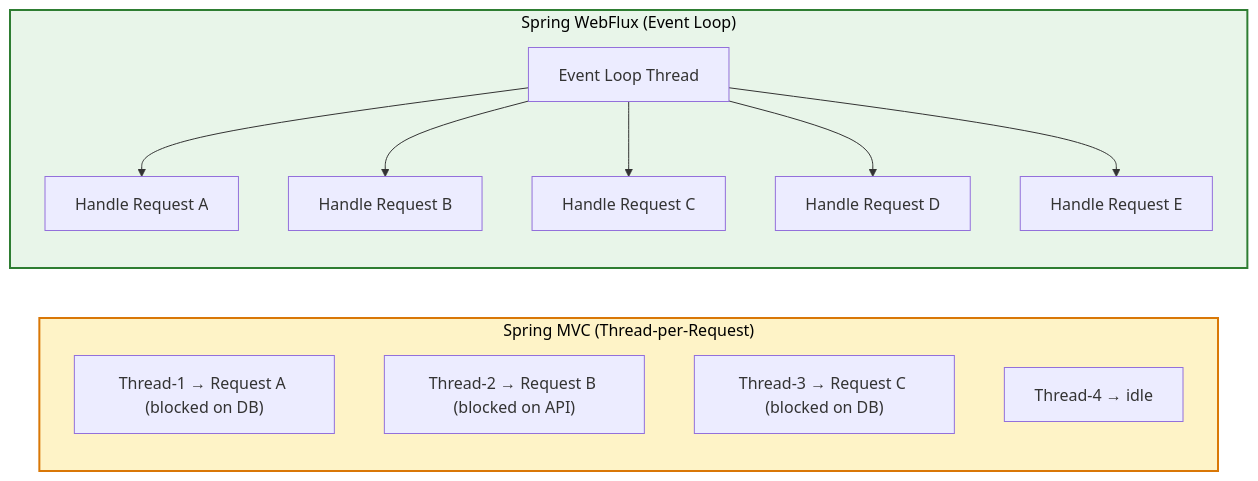
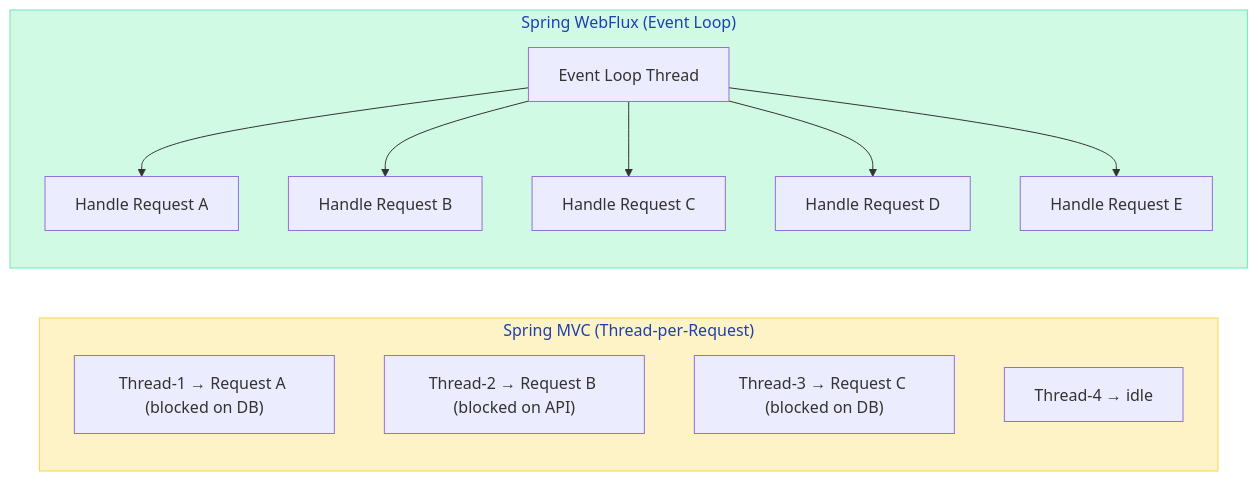
Before and after one commit to saivamsikaruturi/vamsilabs-dev-notes-main: the first of 5 diagrams in docs/springboot/webflux.md, drawn with Mermaid. The commit also changed other lines of this file and 220 other files, not shown here.

First line of the commit message:
Add 50+ new Java/Spring Boot pages, rewrite CSS code blocks to Oracle style, fix all diagram colors

````diff
--- a/docs/springboot/webflux.md
+++ b/docs/springboot/webflux.md
@@ -61,20 +61,20 @@
 ```mermaid
 flowchart LR
     subgraph MVC["Spring MVC (Thread-per-Request)"]
         T1["Thread-1 → Request A (blocked on DB)"]
         T2["Thread-2 → Request B (blocked on API)"]
         T3["Thread-3 → Request C (blocked on DB)"]
         T4["Thread-4 → idle"]
     end
 
     subgraph WF["Spring WebFlux (Event Loop)"]
         EL["Event Loop Thread"] --> E1["Handle Request A"]
         EL --> E2["Handle Request B"]
         EL --> E3["Handle Request C"]
         EL --> E4["Handle Request D"]
         EL --> E5["Handle Request E"]
     end
 
-    style MVC fill:#FEF3C7,stroke:#D97706,stroke-width:2px,color:#000
-    style WF fill:#E8F5E9,stroke:#2E7D32,stroke-width:2px,color:#000
+    style MVC fill:#FEF3C7,stroke:#FCD34D,color:#1E40AF
+    style WF fill:#D1FAE5,stroke:#6EE7B7,color:#1E40AF
 ```
````
